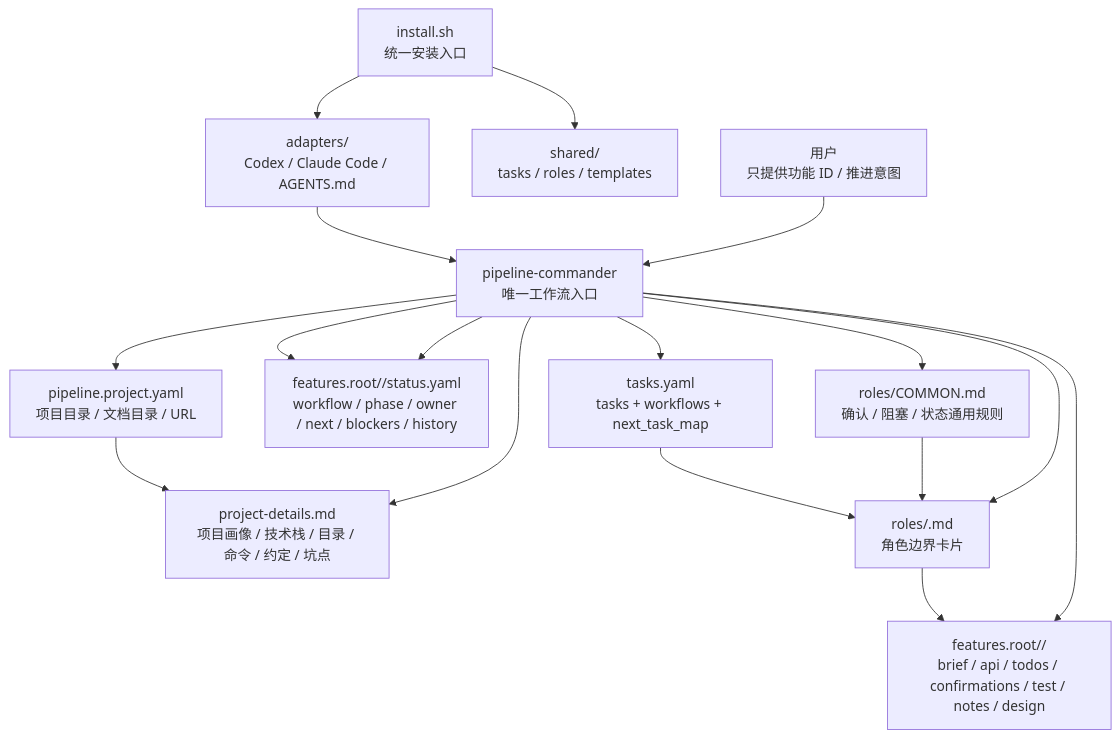
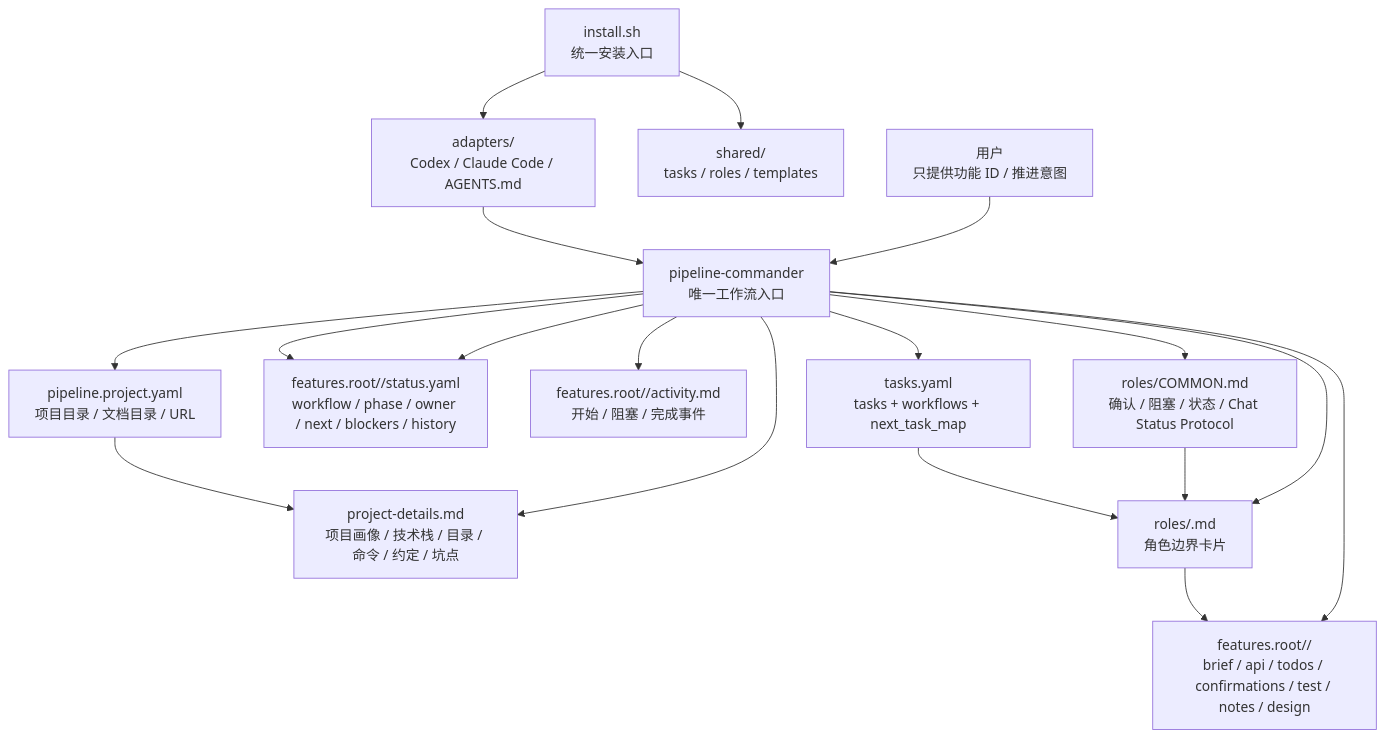
The first of 6 diagrams in docs/ARCHITECTURE.md (Jasmine-dong/skill_flow), drawn with Mermaid before and after one commit. The commit also changed other lines of this file and 9 other files, not shown here.

````diff
--- a/docs/ARCHITECTURE.md
+++ b/docs/ARCHITECTURE.md
@@ -5,32 +5,34 @@
 ```mermaid
 flowchart TD
   User["用户\n只提供功能 ID / 推进意图"]
   Install["install.sh\n统一安装入口"]
   Shared["shared/\ntasks / roles / templates"]
   Adapters["adapters/\nCodex / Claude Code / AGENTS.md"]
   Commander["pipeline-commander\n唯一工作流入口"]
   Config["pipeline.project.yaml\n项目目录 / 文档目录 / URL"]
   ProjectDetails["project-details.md\n项目画像 / 技术栈 / 目录 / 命令 / 约定 / 坑点"]
   Status["features.root/<feature-id>/status.yaml\nworkflow / phase / owner / next / blockers / history"]
+  Activity["features.root/<feature-id>/activity.md\n开始 / 阻塞 / 完成事件"]
   Tasks["tasks.yaml\ntasks + workflows + next_task_map"]
-  Common["roles/COMMON.md\n确认 / 阻塞 / 状态通用规则"]
+  Common["roles/COMMON.md\n确认 / 阻塞 / 状态 / Chat Status Protocol"]
   Role["roles/<agent>.md\n角色边界卡片"]
   Feature["features.root/<feature-id>/\nbrief / api / todos / confirmations / test / notes / design"]
 
   Install --> Shared
   Install --> Adapters
   Adapters --> Commander
   User --> Commander
   Commander --> Config
   Config --> ProjectDetails
   Commander --> ProjectDetails
   Commander --> Status
+  Commander --> Activity
   Commander --> Tasks
   Tasks --> Role
   Commander --> Common
   Common --> Role
   Commander --> Role
   Role --> Feature
   Commander --> Feature
   Commander --> Status
 ```
````
